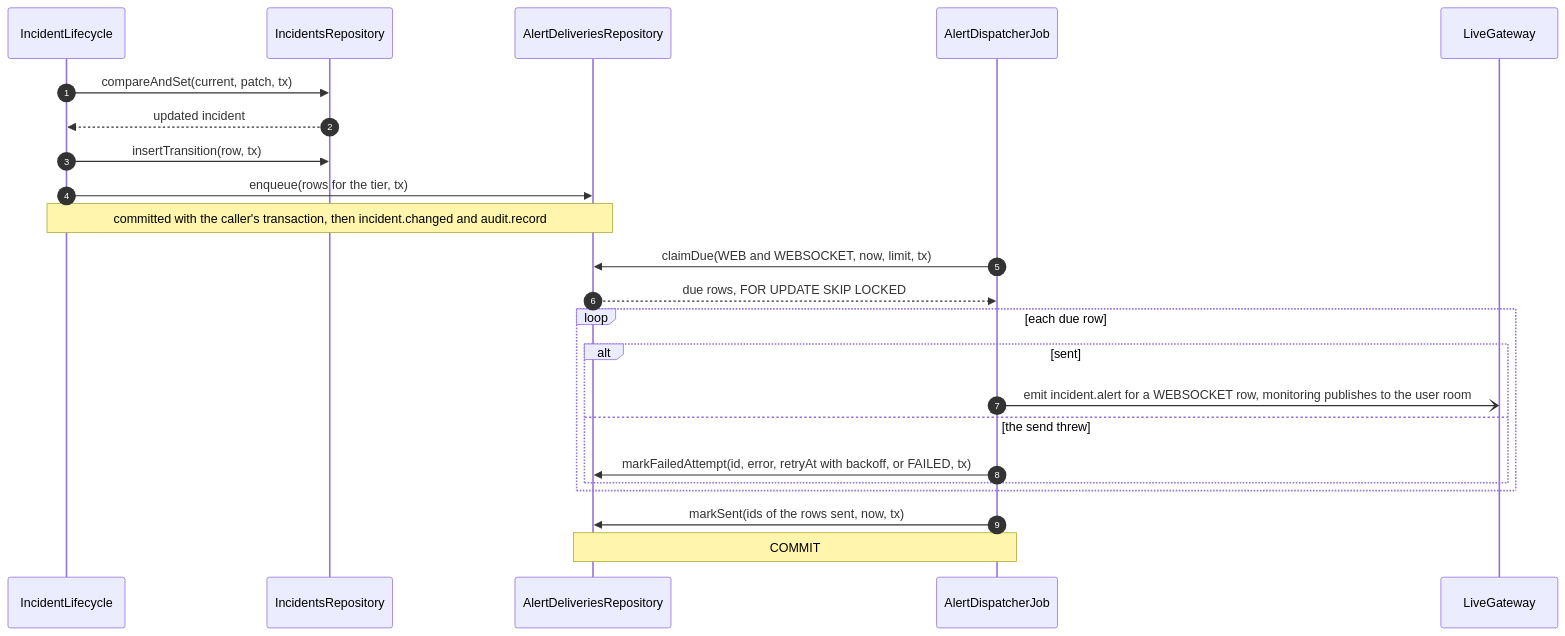
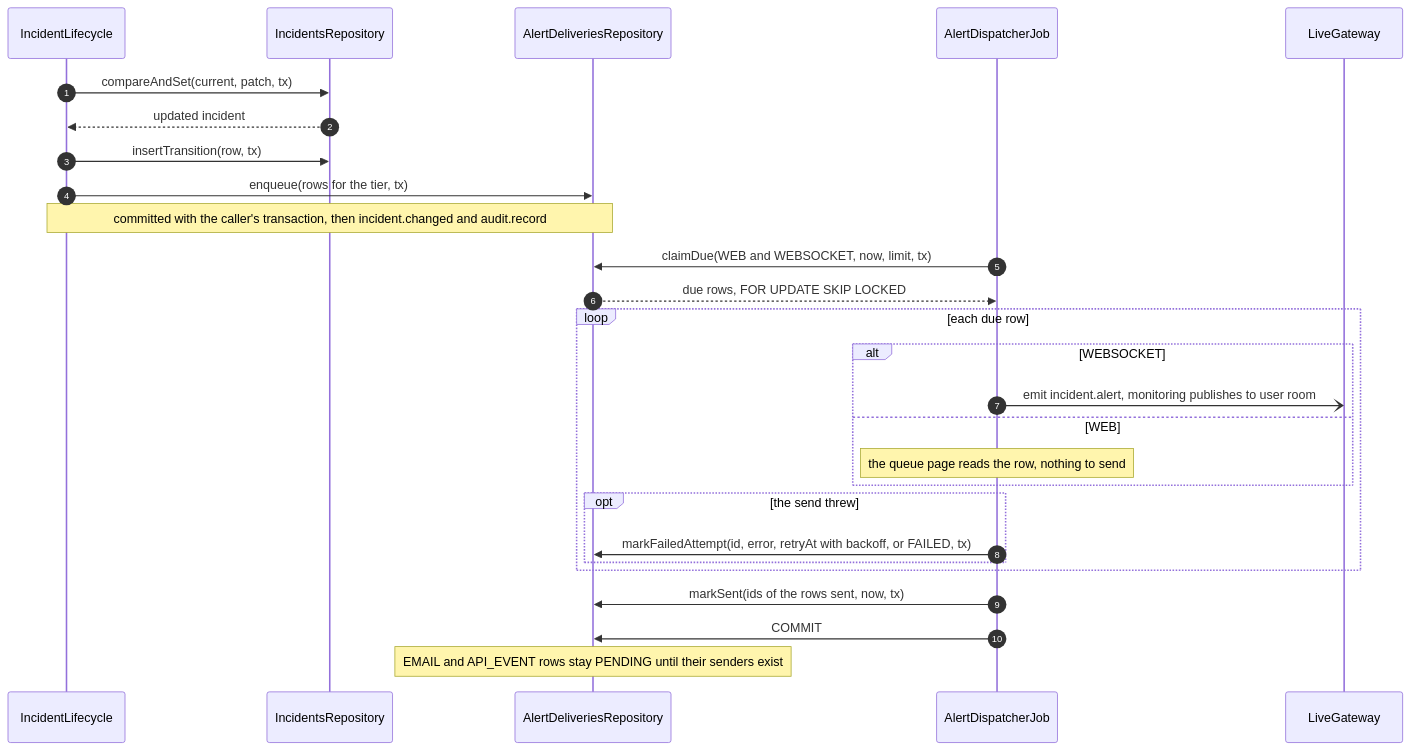
Before and after one commit to TrekLink-Team/treklink-web: the sixth of 10 diagrams in specs/incidents/design.md, drawn with Mermaid. The commit also changed other lines of this file and 8 other files, not shown here.

First line of the commit message:
docs: draw every failure branch in the incidents sequences

````diff
--- a/specs/incidents/design.md
+++ b/specs/incidents/design.md
@@ -413,25 +427,29 @@
 ```mermaid
 sequenceDiagram
     autonumber
     participant L as IncidentLifecycle
     participant R as IncidentsRepository
     participant Ob as AlertDeliveriesRepository
     participant Dp as AlertDispatcherJob
     participant W as LiveGateway
     L->>R: compareAndSet(current, patch, tx)
     R-->>L: updated incident
     L->>R: insertTransition(row, tx)
     L->>Ob: enqueue(rows for the tier, tx)
     Note over L,Ob: committed with the caller's transaction, then incident.changed and audit.record
     Dp->>Ob: claimDue(WEB and WEBSOCKET, now, limit, tx)
     Ob-->>Dp: due rows, FOR UPDATE SKIP LOCKED
     loop each due row
-        alt sent
-            Dp-)W: emit incident.alert for a WEBSOCKET row, monitoring publishes to the user room
-        else the send threw
+        alt WEBSOCKET
+            Dp-)W: emit incident.alert, monitoring publishes to user room
+        else WEB
+            Note over Dp: the queue page reads the row, nothing to send
+        end
+        opt the send threw
             Dp->>Ob: markFailedAttempt(id, error, retryAt with backoff, or FAILED, tx)
         end
     end
     Dp->>Ob: markSent(ids of the rows sent, now, tx)
-    Note over Dp,Ob: COMMIT
+    Dp->>Ob: COMMIT
+    Note over Ob: EMAIL and API_EVENT rows stay PENDING until their senders exist
 ```
````
